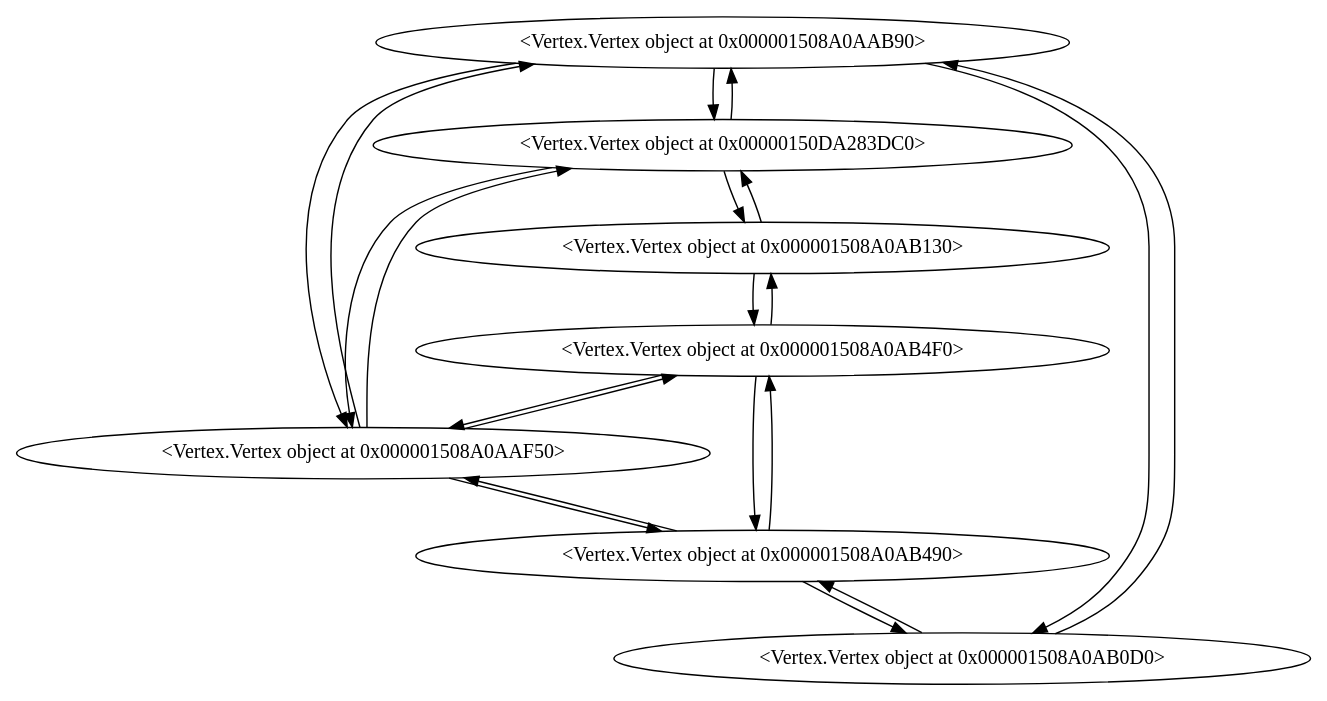
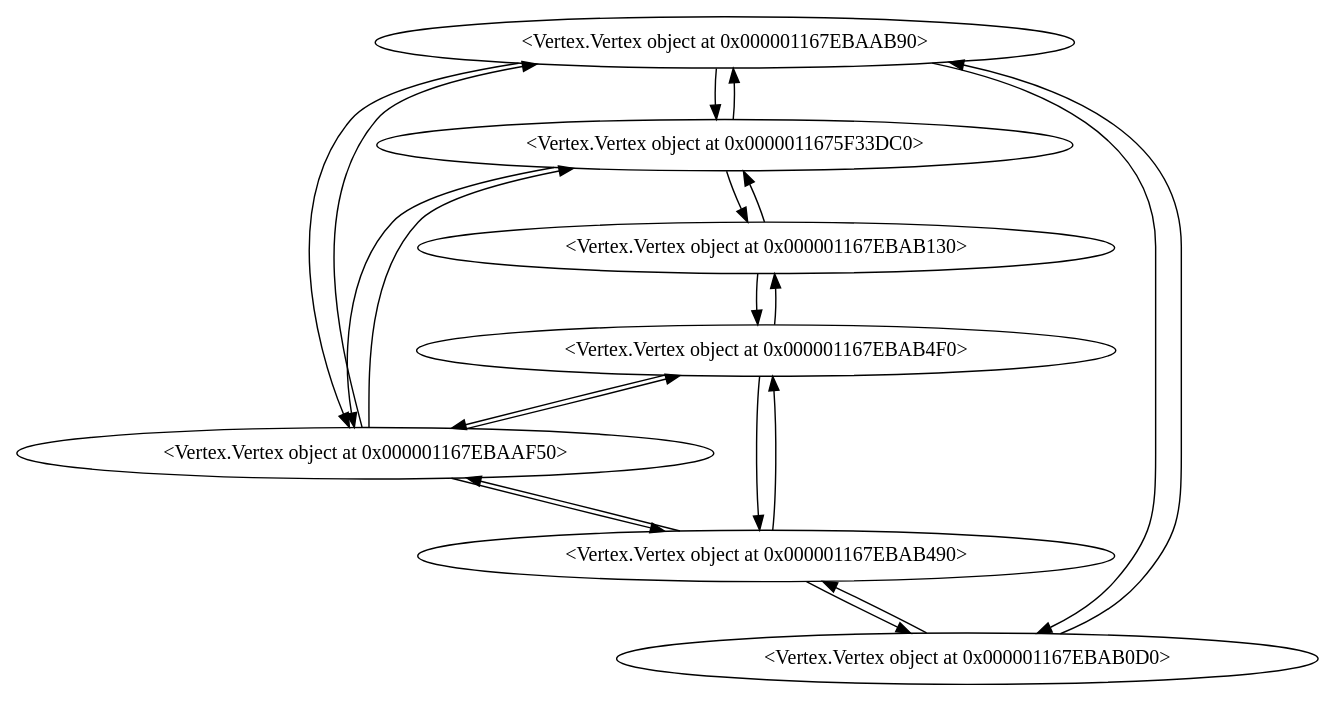
One commit to raigeki49/BSP6-Graph-Image-Recognition changed the diagram in graph.dot. Above: the diagram before and after it, drawn with Graphviz. The commit also changed 22 other files, not shown here.

```diff
--- a/graph.dot
+++ b/graph.dot
@@ -1,22 +1,22 @@
 
     digraph {
-    "<Vertex.Vertex object at 0x000001508A0AAB90>" -> "<Vertex.Vertex object at 0x00000150DA283DC0>"
-"<Vertex.Vertex object at 0x00000150DA283DC0>" -> "<Vertex.Vertex object at 0x000001508A0AAF50>"
-"<Vertex.Vertex object at 0x000001508A0AB130>" -> "<Vertex.Vertex object at 0x00000150DA283DC0>"
-"<Vertex.Vertex object at 0x000001508A0AAB90>" -> "<Vertex.Vertex object at 0x000001508A0AB0D0>"
-"<Vertex.Vertex object at 0x000001508A0AAB90>" -> "<Vertex.Vertex object at 0x000001508A0AAF50>"
-"<Vertex.Vertex object at 0x000001508A0AAF50>" -> "<Vertex.Vertex object at 0x000001508A0AB4F0>"
-"<Vertex.Vertex object at 0x000001508A0AB490>" -> "<Vertex.Vertex object at 0x000001508A0AAF50>"
-"<Vertex.Vertex object at 0x000001508A0AB490>" -> "<Vertex.Vertex object at 0x000001508A0AB0D0>"
-"<Vertex.Vertex object at 0x000001508A0AB130>" -> "<Vertex.Vertex object at 0x000001508A0AB4F0>"
-"<Vertex.Vertex object at 0x000001508A0AB490>" -> "<Vertex.Vertex object at 0x000001508A0AB4F0>""<Vertex.Vertex object at 0x00000150DA283DC0>" -> "<Vertex.Vertex object at 0x000001508A0AAB90>"
-"<Vertex.Vertex object at 0x000001508A0AAF50>" -> "<Vertex.Vertex object at 0x00000150DA283DC0>"
-"<Vertex.Vertex object at 0x00000150DA283DC0>" -> "<Vertex.Vertex object at 0x000001508A0AB130>"
-"<Vertex.Vertex object at 0x000001508A0AB0D0>" -> "<Vertex.Vertex object at 0x000001508A0AAB90>"
-"<Vertex.Vertex object at 0x000001508A0AAF50>" -> "<Vertex.Vertex object at 0x000001508A0AAB90>"
-"<Vertex.Vertex object at 0x000001508A0AB4F0>" -> "<Vertex.Vertex object at 0x000001508A0AAF50>"
-"<Vertex.Vertex object at 0x000001508A0AAF50>" -> "<Vertex.Vertex object at 0x000001508A0AB490>"
-"<Vertex.Vertex object at 0x000001508A0AB0D0>" -> "<Vertex.Vertex object at 0x000001508A0AB490>"
-"<Vertex.Vertex object at 0x000001508A0AB4F0>" -> "<Vertex.Vertex object at 0x000001508A0AB130>"
-"<Vertex.Vertex object at 0x000001508A0AB4F0>" -> "<Vertex.Vertex object at 0x000001508A0AB490>"
+    "<Vertex.Vertex object at 0x000001167EBAAB90>" -> "<Vertex.Vertex object at 0x0000011675F33DC0>"
+"<Vertex.Vertex object at 0x0000011675F33DC0>" -> "<Vertex.Vertex object at 0x000001167EBAAF50>"
+"<Vertex.Vertex object at 0x000001167EBAB130>" -> "<Vertex.Vertex object at 0x0000011675F33DC0>"
+"<Vertex.Vertex object at 0x000001167EBAAB90>" -> "<Vertex.Vertex object at 0x000001167EBAB0D0>"
+"<Vertex.Vertex object at 0x000001167EBAAB90>" -> "<Vertex.Vertex object at 0x000001167EBAAF50>"
+"<Vertex.Vertex object at 0x000001167EBAAF50>" -> "<Vertex.Vertex object at 0x000001167EBAB4F0>"
+"<Vertex.Vertex object at 0x000001167EBAB490>" -> "<Vertex.Vertex object at 0x000001167EBAAF50>"
+"<Vertex.Vertex object at 0x000001167EBAB490>" -> "<Vertex.Vertex object at 0x000001167EBAB0D0>"
+"<Vertex.Vertex object at 0x000001167EBAB130>" -> "<Vertex.Vertex object at 0x000001167EBAB4F0>"
+"<Vertex.Vertex object at 0x000001167EBAB490>" -> "<Vertex.Vertex object at 0x000001167EBAB4F0>""<Vertex.Vertex object at 0x0000011675F33DC0>" -> "<Vertex.Vertex object at 0x000001167EBAAB90>"
+"<Vertex.Vertex object at 0x000001167EBAAF50>" -> "<Vertex.Vertex object at 0x0000011675F33DC0>"
+"<Vertex.Vertex object at 0x0000011675F33DC0>" -> "<Vertex.Vertex object at 0x000001167EBAB130>"
+"<Vertex.Vertex object at 0x000001167EBAB0D0>" -> "<Vertex.Vertex object at 0x000001167EBAAB90>"
+"<Vertex.Vertex object at 0x000001167EBAAF50>" -> "<Vertex.Vertex object at 0x000001167EBAAB90>"
+"<Vertex.Vertex object at 0x000001167EBAB4F0>" -> "<Vertex.Vertex object at 0x000001167EBAAF50>"
+"<Vertex.Vertex object at 0x000001167EBAAF50>" -> "<Vertex.Vertex object at 0x000001167EBAB490>"
+"<Vertex.Vertex object at 0x000001167EBAB0D0>" -> "<Vertex.Vertex object at 0x000001167EBAB490>"
+"<Vertex.Vertex object at 0x000001167EBAB4F0>" -> "<Vertex.Vertex object at 0x000001167EBAB130>"
+"<Vertex.Vertex object at 0x000001167EBAB4F0>" -> "<Vertex.Vertex object at 0x000001167EBAB490>"
     }
```
